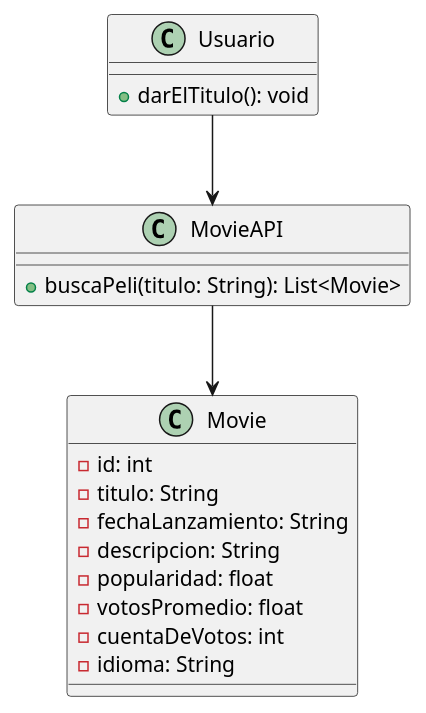
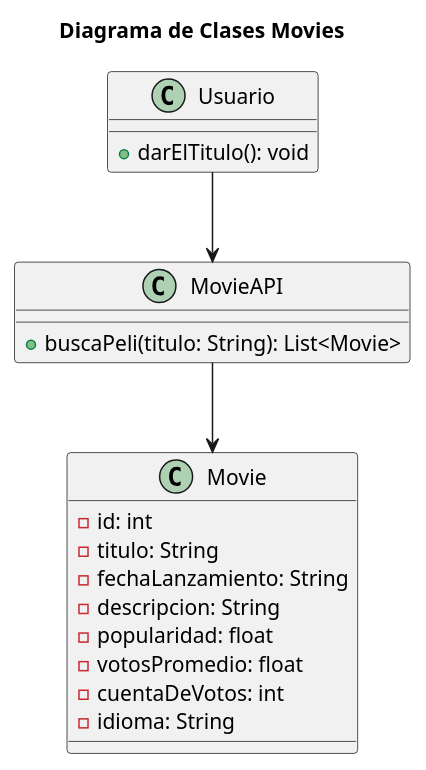
The diagram in UML.puml (Dakewer/Consumir-API---TheMovieDB), drawn with PlantUML before and after one commit. The commit also changed 2 other files, not shown here.

```diff
--- a/UML.puml
+++ b/UML.puml
@@ -1,24 +1,25 @@
 @startuml
+title Diagrama de Clases Movies
 class Usuario {
   +darElTitulo(): void
 }
 
 class MovieAPI {
   +buscaPeli(titulo: String): List<Movie>
 }
 
 class Movie {
   -id: int
   -titulo: String
   -fechaLanzamiento: String
   -descripcion: String
   -popularidad: float
   -votosPromedio: float
   -cuentaDeVotos: int
   -idioma: String
 }
 
 Usuario --> MovieAPI
 MovieAPI --> Movie
 
 @enduml
```
